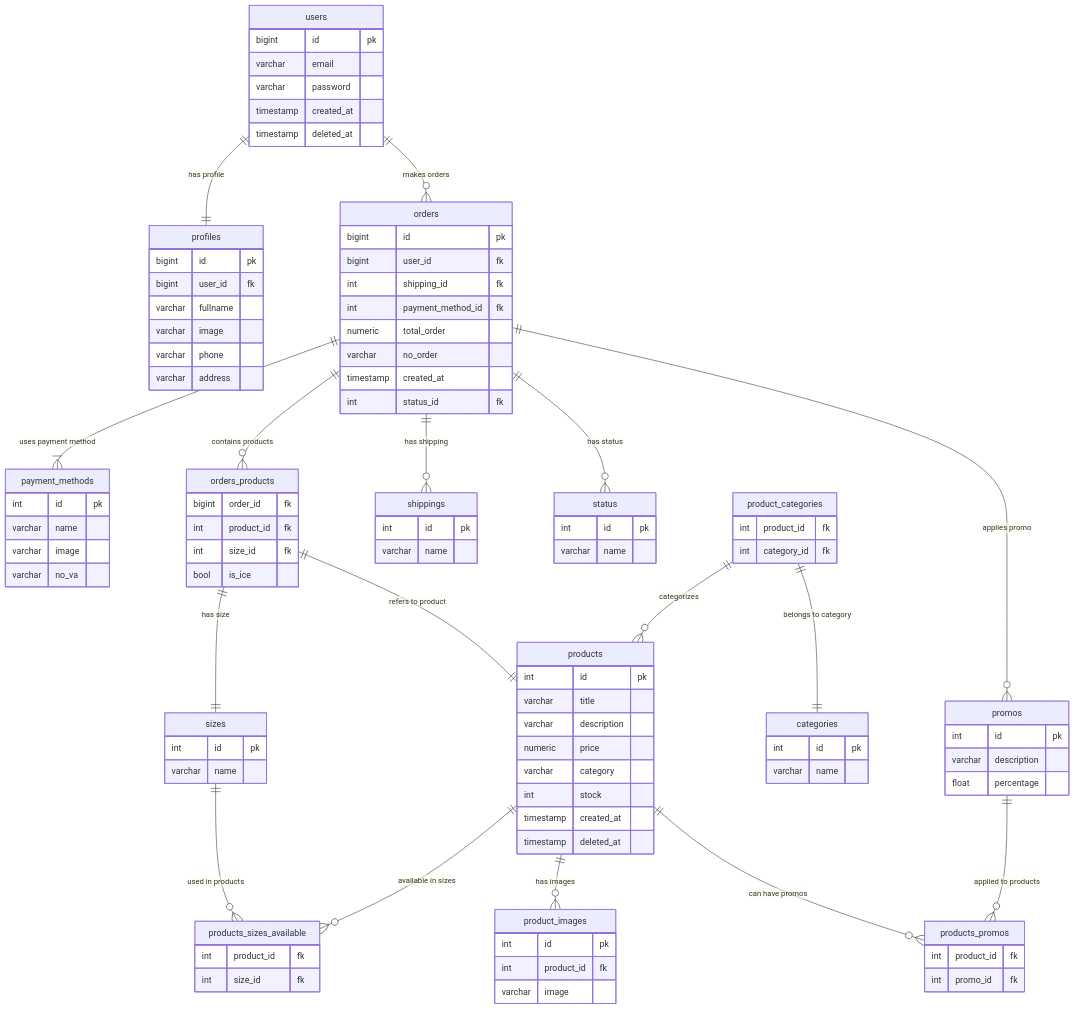
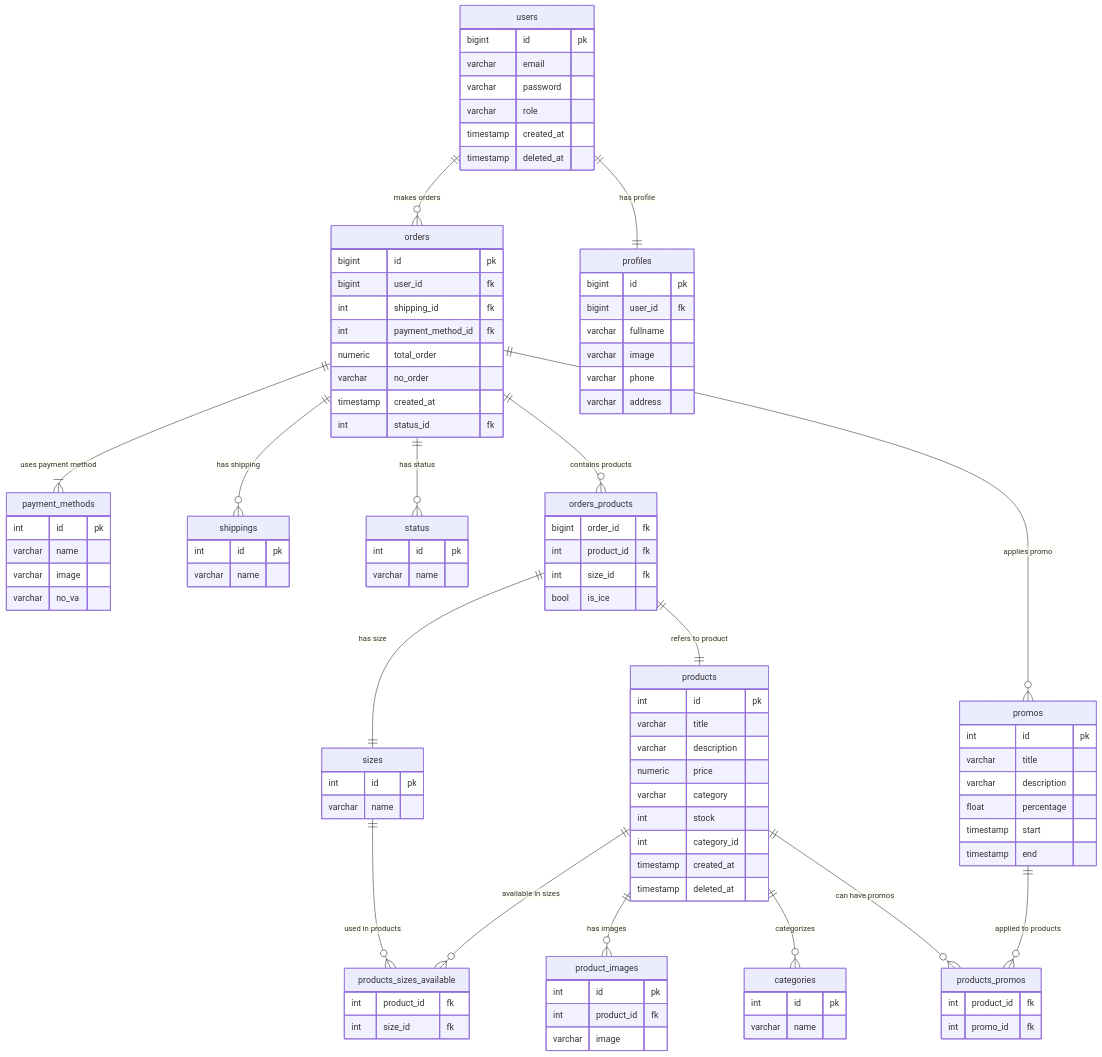
One commit to siddiq24/koda-b4-db-weekly changed the diagram in README.md. Above: the diagram before and after it, drawn with Mermaid.

Commit message:
fix: deleted table association product_categories

````diff
--- a/README.md
+++ b/README.md
@@ -3,14 +3,15 @@
 ```mermaid
-erDiagram
+erDiagram 
     users {
         bigint id pk
-        varchar email
+        varchar email 
         varchar password
+        varchar role
         timestamp created_at
         timestamp deleted_at
     }
 
-    payment_methods {
+    payment_methods { 
         int id pk
         varchar name
         varchar image
@@ -24,6 +25,7 @@
         numeric price
         varchar category 
         int stock
+        int category_id
         timestamp created_at
         timestamp deleted_at
     }
@@ -91,14 +93,14 @@
         int promo_id fk
     }
 
-    product_categories { 
-        int product_id fk
-        int category_id fk
-    }
+
     promos {
         int id pk
+        varchar title
         varchar description
         float percentage
+        timestamp start
+        timestamp end 
     }
 
 
@@ -114,13 +116,12 @@
     orders_products ||--|| sizes : "has size"
     orders_products ||--|| products : "refers to product"
 
-    product_categories ||--o{ products : "categorizes"
-    product_categories ||--|| categories : "belongs to category"
 
     promos ||--o{ products_promos : "applied to products"
     products ||--o{ products_sizes_available : "available in sizes"
     products ||--o{ product_images : "has images"
     products ||--o{ products_promos : "can have promos"
+    products ||--o{ categories : "categorizes"
 
     sizes ||--o{ products_sizes_available : "used in products"
 
````
